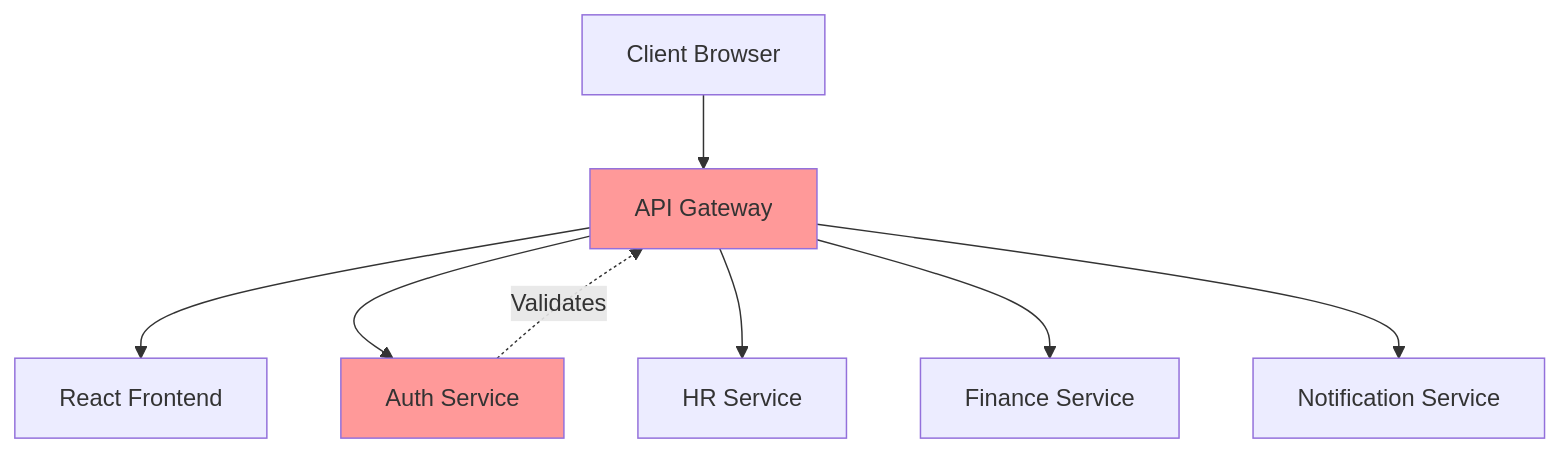
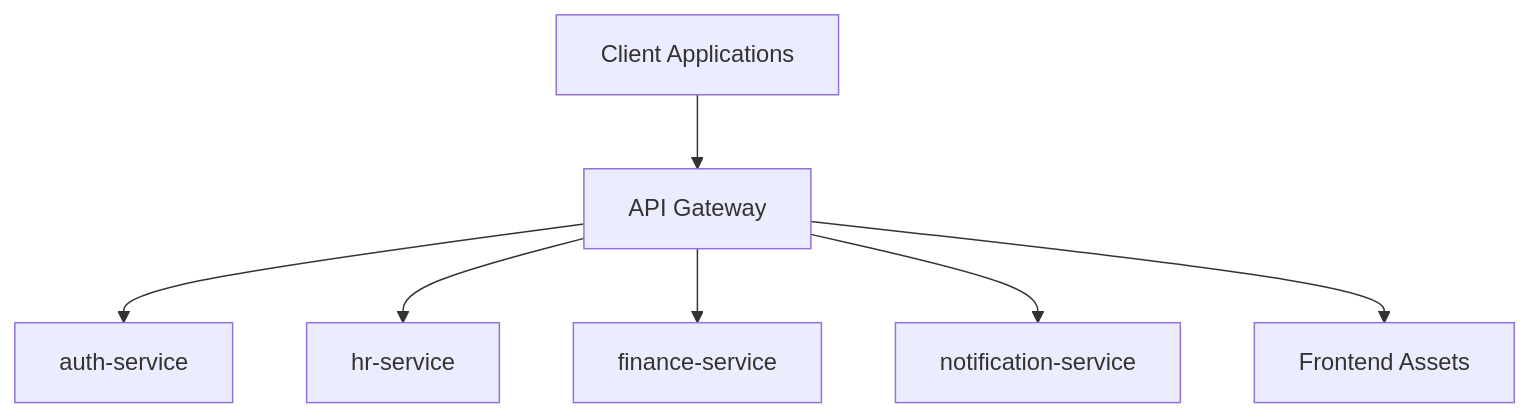
One commit to Mahesh-65/OrganiStation changed the sixth of 9 diagrams in .github/instructions/architecture.instructions.md. Above: the diagram before and after it, drawn with Mermaid. The commit also changed other lines of this file and 7 other files, not shown here.

````diff
--- a/.github/instructions/architecture.instructions.md
+++ b/.github/instructions/architecture.instructions.md
@@ -612,14 +402,17 @@
 ```mermaid
-flowchart TD
-    Client[Client Browser] --> Gateway[API Gateway]
-    Gateway --> Frontend[React Frontend]
-    Gateway --> Auth[Auth Service]
-    Gateway --> HR[HR Service]
-    Gateway --> Finance[Finance Service]
-    Gateway --> Notification[Notification Service]
+graph TB
+    Client[Client Applications]
+    Gateway[API Gateway]
+    Auth[auth-service]
+    HR[hr-service]
+    Finance[finance-service]
+    Notification[notification-service]
+    Frontend[Frontend Assets]
     
-    Auth -.->|Validates| Gateway
-    
-    classDef security fill:#ff9999
-    class Gateway,Auth security
+    Client --> Gateway
+    Gateway --> Auth
+    Gateway --> HR
+    Gateway --> Finance
+    Gateway --> Notification
+    Gateway --> Frontend
 ```
````
